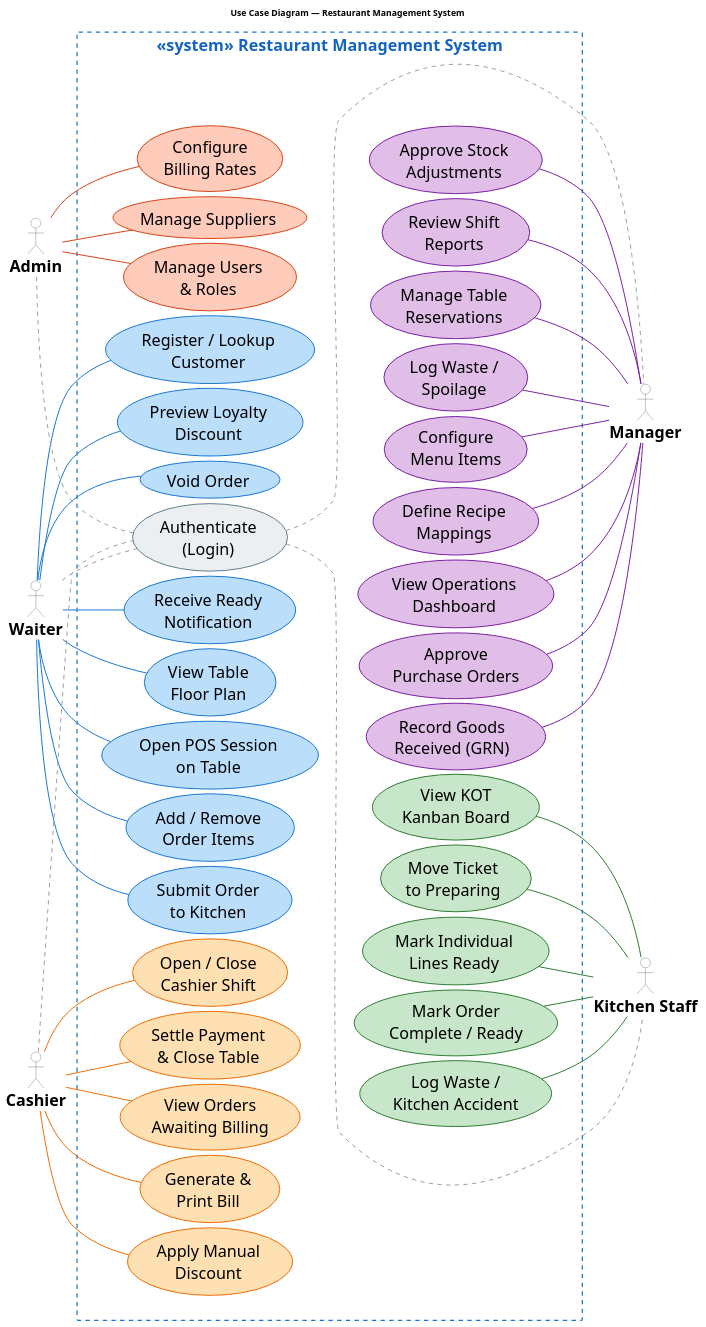
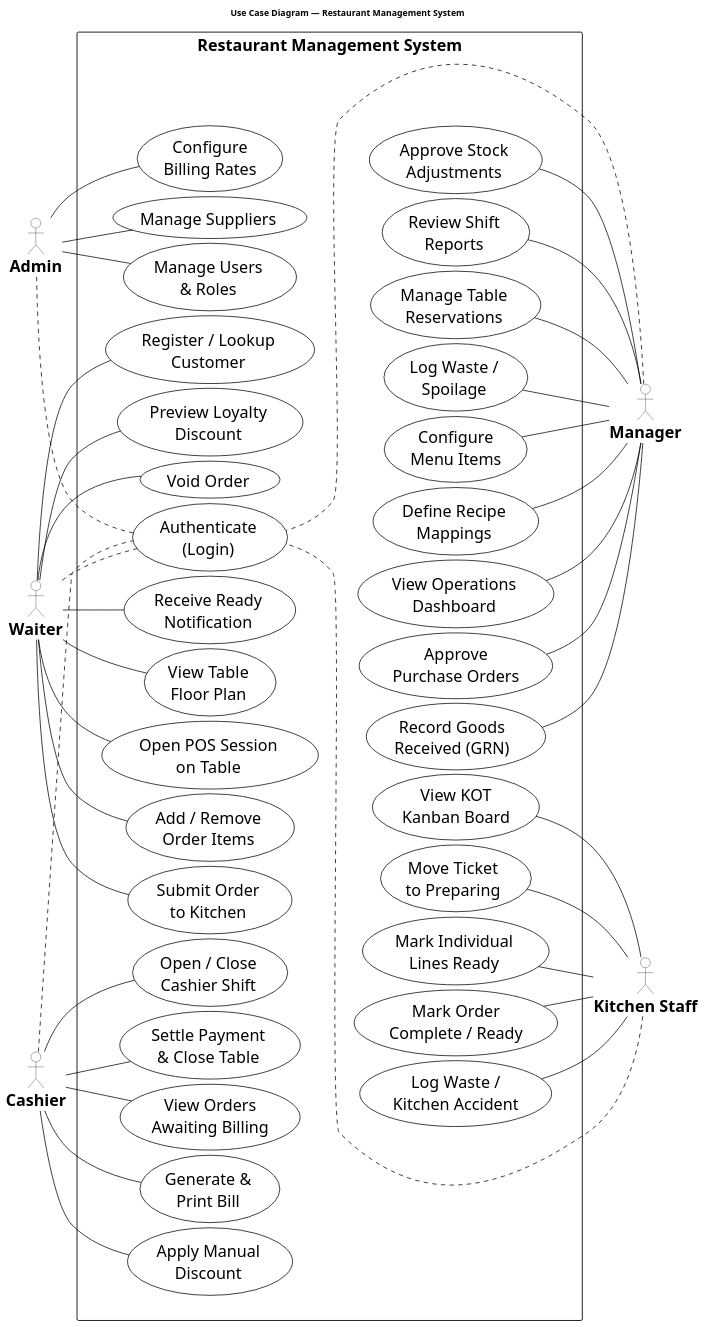
One commit to Buddhimal-Ramanayaka/restaurant-management-system changed the diagram in diagrams-source/fig2_1_usecase.puml. Above: the diagram before and after it, drawn with PlantUML. The commit also changed 7 other files, not shown here.

First line of the commit message:
Restyle all eight Chapter 2-3 diagrams to plain UML notation

```diff
--- a/diagrams-source/fig2_1_usecase.puml
+++ b/diagrams-source/fig2_1_usecase.puml
@@ -1,154 +1,163 @@
 @startuml
 ' Figure 2.1 - Use Case Diagram, Restaurant Management System
 '
-' Theme follows the original figure: stick-figure actors, one colour per actor carried
-' through its use cases and its association lines, a dashed «system» boundary.
+' Plain UML notation: stick-figure actors, unfilled use case ellipses, a solid
+' system boundary, black association lines. No per-actor colour coding and no
+' custom palette - the examiner flagged the previous figures as reading like AI
+' output, and the colour scheme was the largest part of that impression.
+' Distinction between actors now comes from position and association alone,
+' which is what standard UML relies on.
 '
-' Layout: two invisible grouping rectangles pin the use cases into two columns and keep
-' each actor's block contiguous. Admin and Waiter sit on the left against the left
-' column; Manager, Kitchen Staff and Cashier on the right against the right column,
-' Manager declared first so it resolves to the top-right corner. Every association
-' therefore stays inside its own half of the canvas and none of them cross.
+' Layout is unchanged because it works: two invisible grouping rectangles pin the
+' use cases into two columns and keep each actor's block contiguous. Admin,
+' Waiter and Cashier sit left against the left column; Manager and Kitchen Staff
+' right against the right column, Manager declared first so it resolves to the
+' top-right corner. Every association therefore stays inside its own half of the
+' canvas and none of them cross.
 '
 ' Verified against SecurityConfig.java authorisation rules and the controller surface.
 
 skinparam backgroundColor #FFFFFF
 skinparam shadowing false
 skinparam defaultFontName "Arial"
 skinparam defaultFontSize 26
 skinparam nodesep 8
 skinparam ranksep 58
-skinparam ArrowThickness 1.6
+skinparam ArrowThickness 1.2
+skinparam ArrowColor #000000
 
+' Explicit black-on-white rather than `skinparam monochrome true`: monochrome mode
+' forces a grey fill and border onto the two invisible layout rectangles, which then
+' show up as boxes around the columns.
 skinparam actor {
   FontSize 26
   FontStyle bold
-  BorderColor #37474F
+  BorderColor #000000
   BackgroundColor #FFFFFF
 }
 skinparam usecase {
   FontSize 26
-  BorderThickness 1.6
+  BorderThickness 1.2
+  BorderColor #000000
+  BackgroundColor #FFFFFF
+  FontColor #000000
 }
 skinparam rectangle {
   FontSize 26
   FontStyle bold
+  BorderThickness 1.4
+  BorderColor #000000
   BackgroundColor #FFFFFF
-  BorderColor #1976D2
-  BorderStyle dashed
-  BorderThickness 2
-  FontColor #1565C0
+  FontColor #000000
 }
 skinparam rectangle<<grp>> {
-  BackgroundColor Transparent
-  BorderColor Transparent
-  FontColor Transparent
+  BackgroundColor transparent
+  BorderColor transparent
+  FontColor transparent
   BorderThickness 0
 }
 
 title Use Case Diagram — Restaurant Management System
 
 left to right direction
 
 actor "Admin" as A
 actor "Waiter" as W
 actor "Cashier" as C
 
-rectangle "«system» Restaurant Management System" {
+rectangle "Restaurant Management System" {
 
   rectangle " " <<grp>> as G1 {
-    usecase "Authenticate\n(Login)"          as UX  #ECEFF1;line:607D8B
+    usecase "Authenticate\n(Login)"          as UX
 
-    usecase "Manage Users\n& Roles"          as UA1 #FFCCBC;line:D84315
-    usecase "Manage Suppliers"               as UA4 #FFCCBC;line:D84315
-    usecase "Configure\nBilling Rates"       as UA5 #FFCCBC;line:D84315
+    usecase "Manage Users\n& Roles"          as UA1
+    usecase "Manage Suppliers"               as UA4
+    usecase "Configure\nBilling Rates"       as UA5
 
-    usecase "View Table\nFloor Plan"         as UW1 #BBDEFB;line:1976D2
-    usecase "Open POS Session\non Table"     as UW2 #BBDEFB;line:1976D2
-    usecase "Add / Remove\nOrder Items"      as UW3 #BBDEFB;line:1976D2
-    usecase "Submit Order\nto Kitchen"       as UW4 #BBDEFB;line:1976D2
-    usecase "Register / Lookup\nCustomer"    as UW5 #BBDEFB;line:1976D2
-    usecase "Preview Loyalty\nDiscount"      as UW6 #BBDEFB;line:1976D2
-    usecase "Void Order"                     as UW7 #BBDEFB;line:1976D2
-    usecase "Receive Ready\nNotification"    as UW8 #BBDEFB;line:1976D2
+    usecase "View Table\nFloor Plan"         as UW1
+    usecase "Open POS Session\non Table"     as UW2
+    usecase "Add / Remove\nOrder Items"      as UW3
+    usecase "Submit Order\nto Kitchen"       as UW4
+    usecase "Register / Lookup\nCustomer"    as UW5
+    usecase "Preview Loyalty\nDiscount"      as UW6
+    usecase "Void Order"                     as UW7
+    usecase "Receive Ready\nNotification"    as UW8
 
-    usecase "Open / Close\nCashier Shift"    as UC1 #FFE0B2;line:EF6C00
-    usecase "View Orders\nAwaiting Billing"  as UC2 #FFE0B2;line:EF6C00
-    usecase "Generate &\nPrint Bill"         as UC3 #FFE0B2;line:EF6C00
-    usecase "Apply Manual\nDiscount"         as UC4 #FFE0B2;line:EF6C00
-    usecase "Settle Payment\n& Close Table"  as UC5 #FFE0B2;line:EF6C00
+    usecase "Open / Close\nCashier Shift"    as UC1
+    usecase "View Orders\nAwaiting Billing"  as UC2
+    usecase "Generate &\nPrint Bill"         as UC3
+    usecase "Apply Manual\nDiscount"         as UC4
+    usecase "Settle Payment\n& Close Table"  as UC5
   }
 
   rectangle " " <<grp>> as G2 {
-    usecase "View Operations\nDashboard"     as UM1 #E1BEE7;line:7B1FA2
-    usecase "Approve\nPurchase Orders"       as UM2 #E1BEE7;line:7B1FA2
-    usecase "Record Goods\nReceived (GRN)"   as UM3 #E1BEE7;line:7B1FA2
-    usecase "Approve Stock\nAdjustments"     as UM4 #E1BEE7;line:7B1FA2
-    usecase "Review Shift\nReports"          as UM5 #E1BEE7;line:7B1FA2
-    usecase "Manage Table\nReservations"     as UM6 #E1BEE7;line:7B1FA2
-    usecase "Log Waste /\nSpoilage"          as UM7 #E1BEE7;line:7B1FA2
-    usecase "Configure\nMenu Items"          as UM8 #E1BEE7;line:7B1FA2
-    usecase "Define Recipe\nMappings"        as UM9 #E1BEE7;line:7B1FA2
+    usecase "View Operations\nDashboard"     as UM1
+    usecase "Approve\nPurchase Orders"       as UM2
+    usecase "Record Goods\nReceived (GRN)"   as UM3
+    usecase "Approve Stock\nAdjustments"     as UM4
+    usecase "Review Shift\nReports"          as UM5
+    usecase "Manage Table\nReservations"     as UM6
+    usecase "Log Waste /\nSpoilage"          as UM7
+    usecase "Configure\nMenu Items"          as UM8
+    usecase "Define Recipe\nMappings"        as UM9
 
-    usecase "View KOT\nKanban Board"         as UK1 #C8E6C9;line:2E7D32
-    usecase "Move Ticket\nto Preparing"      as UK2 #C8E6C9;line:2E7D32
-    usecase "Mark Individual\nLines Ready"   as UK3 #C8E6C9;line:2E7D32
-    usecase "Mark Order\nComplete / Ready"   as UK4 #C8E6C9;line:2E7D32
-    usecase "Log Waste /\nKitchen Accident"  as UK5 #C8E6C9;line:2E7D32
-
+    usecase "View KOT\nKanban Board"         as UK1
+    usecase "Move Ticket\nto Preparing"      as UK2
+    usecase "Mark Individual\nLines Ready"   as UK3
+    usecase "Mark Order\nComplete / Ready"   as UK4
+    usecase "Log Waste /\nKitchen Accident"  as UK5
   }
 
 }
 
 actor "Manager" as M
 actor "Kitchen Staff" as K
 
 ' put G2 one rank to the right of G1 so the two blocks form two columns
 UA1 -[hidden]- UM1
 UC5 -[hidden]- UK5
 
 ' Manager first, so it takes the top of the right-hand rank
-UM1 -[#7B1FA2]- M
-UM2 -[#7B1FA2]- M
-UM3 -[#7B1FA2]- M
-UM4 -[#7B1FA2]- M
-UM5 -[#7B1FA2]- M
-UM6 -[#7B1FA2]- M
-UM7 -[#7B1FA2]- M
-UM8 -[#7B1FA2]- M
-UM9 -[#7B1FA2]- M
+UM1 -- M
+UM2 -- M
+UM3 -- M
+UM4 -- M
+UM5 -- M
+UM6 -- M
+UM7 -- M
+UM8 -- M
+UM9 -- M
 
-UK1 -[#2E7D32]- K
-UK2 -[#2E7D32]- K
-UK3 -[#2E7D32]- K
-UK4 -[#2E7D32]- K
-UK5 -[#2E7D32]- K
+UK1 -- K
+UK2 -- K
+UK3 -- K
+UK4 -- K
+UK5 -- K
 
-C -[#EF6C00]- UC1
-C -[#EF6C00]- UC2
-C -[#EF6C00]- UC3
-C -[#EF6C00]- UC4
-C -[#EF6C00]- UC5
+C -- UC1
+C -- UC2
+C -- UC3
+C -- UC4
+C -- UC5
 
-A -[#D84315]- UA1
-A -[#D84315]- UA4
-A -[#D84315]- UA5
+A -- UA1
+A -- UA4
+A -- UA5
 
-W -[#1976D2]- UW1
-W -[#1976D2]- UW2
-W -[#1976D2]- UW3
-W -[#1976D2]- UW4
-W -[#1976D2]- UW5
-W -[#1976D2]- UW6
-W -[#1976D2]- UW7
-W -[#1976D2]- UW8
+W -- UW1
+W -- UW2
+W -- UW3
+W -- UW4
+W -- UW5
+W -- UW6
+W -- UW7
+W -- UW8
 
 ' every role authenticates before any use case - dashed, so it stays recessive
-A .[#9E9E9E,dashed]. UX
-W .[#9E9E9E,dashed]. UX
-C .[#9E9E9E,dashed]. UX
-UX .[#9E9E9E,dashed]. M
-UX .[#9E9E9E,dashed]. K
-
+A .. UX
+W .. UX
+C .. UX
+M .. UX
+K .. UX
 
 @enduml
```
